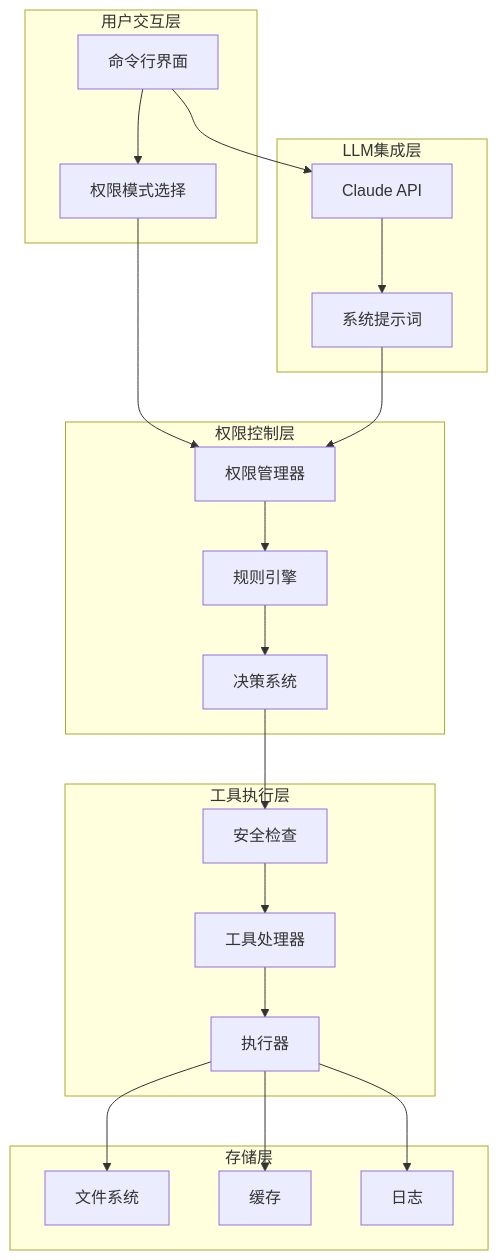
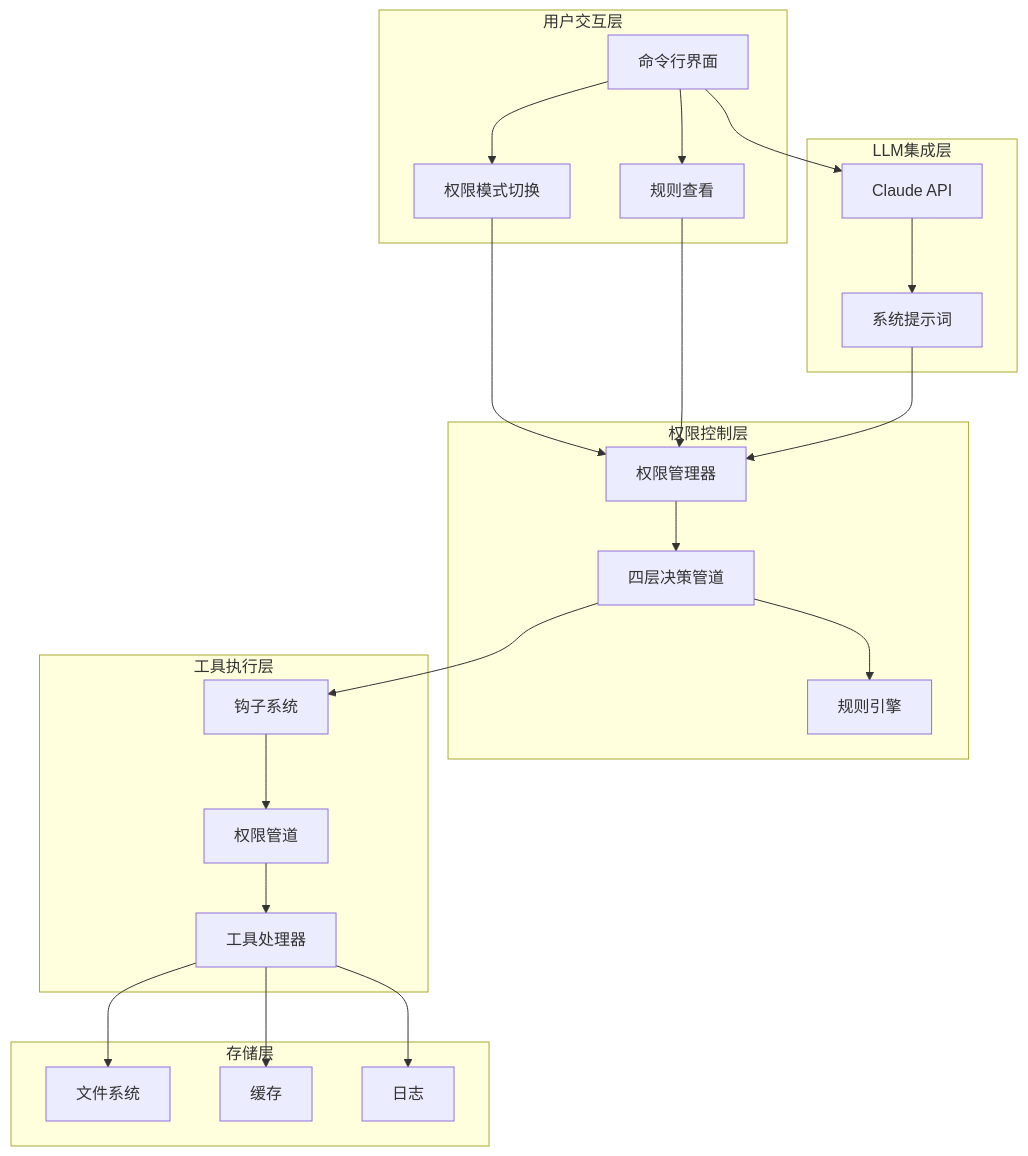
The second of 6 diagrams in .qoder/repowiki/zh/content/安全最佳实践/权限管理系统.md (eurekaYYzero/Mini-Claude-Code), drawn with Mermaid before and after one commit. The commit also changed other lines of this file and 27 other files, not shown here.

````diff
--- a/.qoder/repowiki/zh/content/安全最佳实践/权限管理系统.md
+++ b/.qoder/repowiki/zh/content/安全最佳实践/权限管理系统.md
@@ -92,39 +111,42 @@
 ```mermaid
 graph TB
 subgraph "用户交互层"
 CLI[命令行界面]
-MODE[权限模式选择]
+MODE[权限模式切换]
+RULES[规则查看]
 end
 subgraph "权限控制层"
 PM[权限管理器]
-RULE[规则引擎]
-DECISION[决策系统]
+PIPE[四层决策管道]
+RULES_ENGINE[规则引擎]
 end
 subgraph "工具执行层"
-SAFE[安全检查]
-HANDLER[工具处理器]
-EXEC[执行器]
+HOOKS[钩子系统]
+PERM_PIPE[权限管道]
+TOOL_HANDLER[工具处理器]
 end
 subgraph "LLM集成层"
 CLAUDE[Claude API]
 PROMPT[系统提示词]
 end
 subgraph "存储层"
 FS[文件系统]
 CACHE[缓存]
 LOG[日志]
 end
 CLI --> MODE
 MODE --> PM
-PM --> RULE
-RULE --> DECISION
-DECISION --> SAFE
-SAFE --> HANDLER
-HANDLER --> EXEC
-EXEC --> FS
+CLI --> RULES
+RULES --> PM
+PM --> PIPE
+PIPE --> RULES_ENGINE
+PIPE --> HOOKS
+HOOKS --> PERM_PIPE
+PERM_PIPE --> TOOL_HANDLER
+TOOL_HANDLER --> FS
 CLI --> CLAUDE
 CLAUDE --> PROMPT
 PROMPT --> PM
-EXEC --> CACHE
-EXEC --> LOG
+TOOL_HANDLER --> CACHE
+TOOL_HANDLER --> LOG
 ```
````
